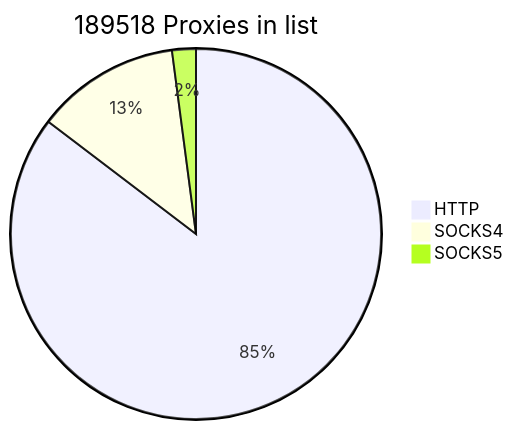
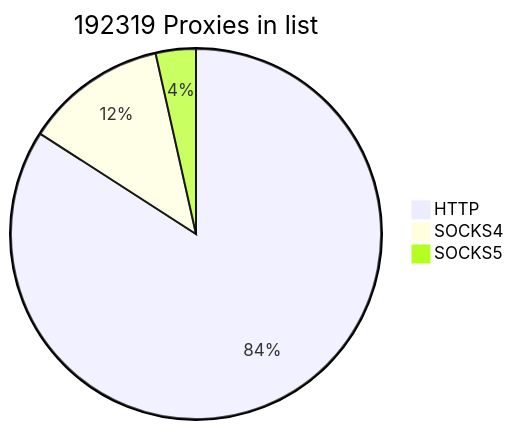
One commit to cutipu/proxylist changed the first of 2 diagrams in README.md. Above: the diagram before and after it, drawn with Mermaid. The commit also changed other lines of this file, not shown here.

````diff
--- a/README.md
+++ b/README.md
@@ -2,7 +2,7 @@
 ```mermaid
-pie title 189518 Proxies in list
-    "HTTP" : 161749
+pie title 192319 Proxies in list
+    "HTTP" : 161748
     "SOCKS4" : 23832
-    "SOCKS5" : 3937
+    "SOCKS5" : 6739
             
 ```
````
